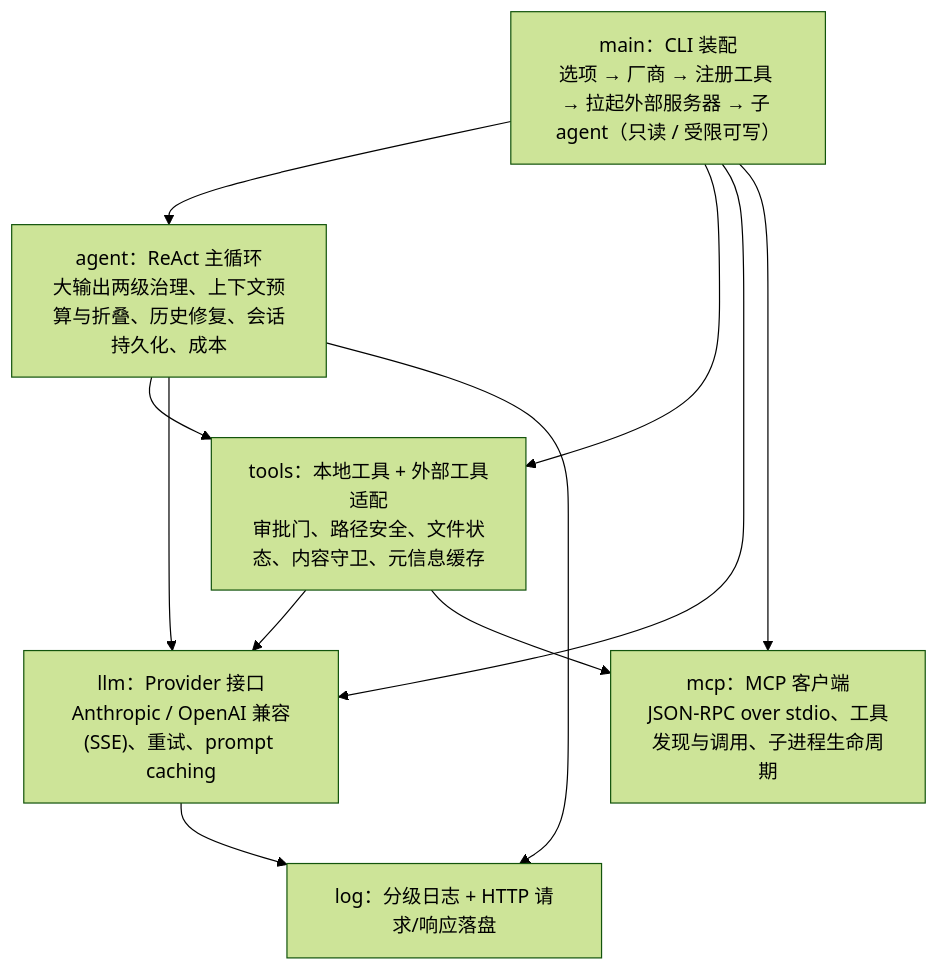
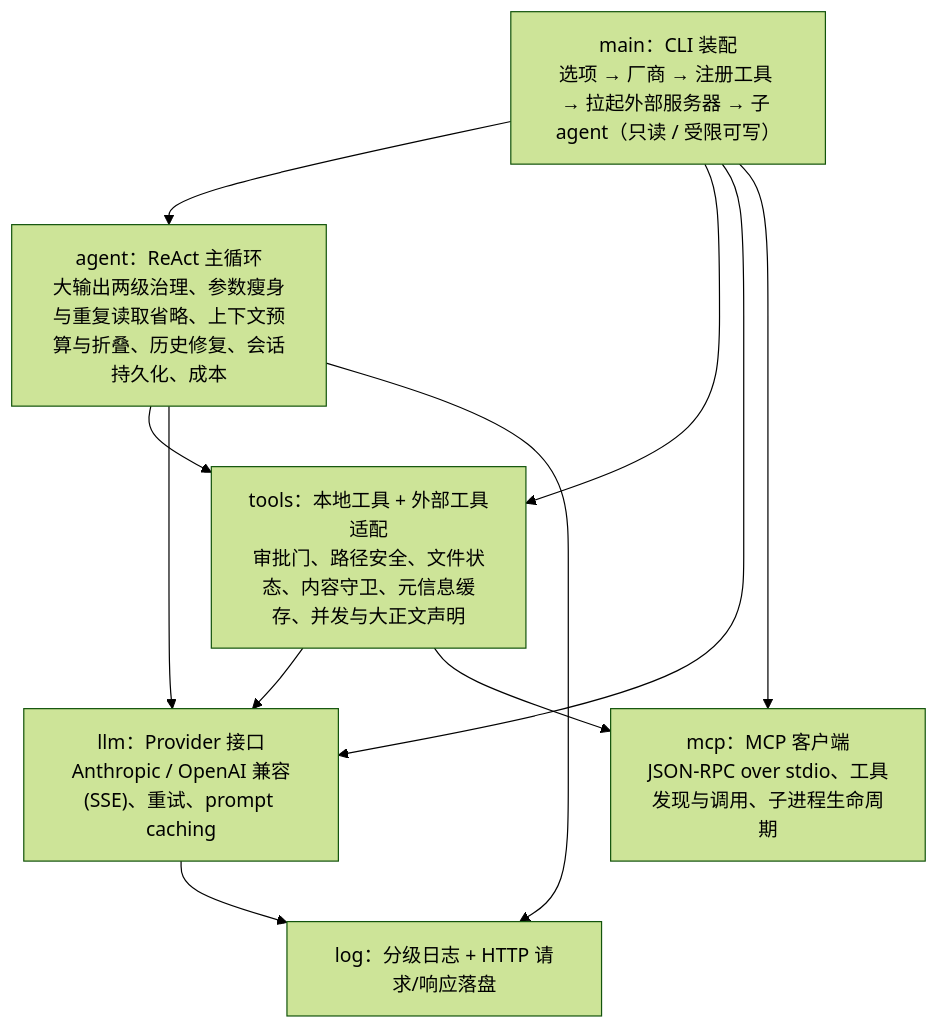
One commit to deep2code/go-agent changed the third of 3 diagrams in README.md. Above: the diagram before and after it, drawn with Mermaid (forest theme). The commit also changed other lines of this file and 12 other files, not shown here.

````diff
--- a/README.md
+++ b/README.md
@@ -291,20 +309,20 @@
 ```mermaid
 flowchart TD
     main["main：CLI 装配<br/>选项 → 厂商 → 注册工具 → 拉起外部服务器 → 子 agent（只读 / 受限可写）"]
-    agent["agent：ReAct 主循环<br/>大输出两级治理、上下文预算与折叠、历史修复、会话持久化、成本"]
-    tools["tools：本地工具 + 外部工具适配<br/>审批门、路径安全、文件状态、内容守卫、元信息缓存"]
+    agent["agent：ReAct 主循环<br/>大输出两级治理、参数瘦身与重复读取省略、上下文预算与折叠、历史修复、会话持久化、成本"]
+    tools["tools：本地工具 + 外部工具适配<br/>审批门、路径安全、文件状态、内容守卫、元信息缓存、并发与大正文声明"]
     llm["llm：Provider 接口<br/>Anthropic / OpenAI 兼容(SSE)、重试、prompt caching"]
     mcp["mcp：MCP 客户端<br/>JSON-RPC over stdio、工具发现与调用、子进程生命周期"]
     log["log：分级日志 + HTTP 请求/响应落盘"]
 
     main --> agent
     main --> tools
     main --> llm
     main --> mcp
     agent --> tools
     agent --> llm
     agent --> log
     tools --> llm
     tools --> mcp
     llm --> log
 ```
````
